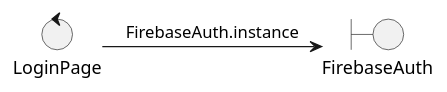
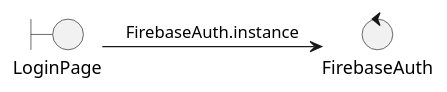
The diagram in signin_colab.puml (stnDinus/skpl_apbo_diagrams), drawn with PlantUML before and after one commit.

Commit message:
fix: signin colab node types

```diff
--- a/signin_colab.puml
+++ b/signin_colab.puml
@@ -1,6 +1,6 @@
 @startuml
-control LoginPage
-boundary FirebaseAuth
+boundary LoginPage
+control FirebaseAuth
 
 (LoginPage) -> (FirebaseAuth): FirebaseAuth.instance
 @enduml
```
